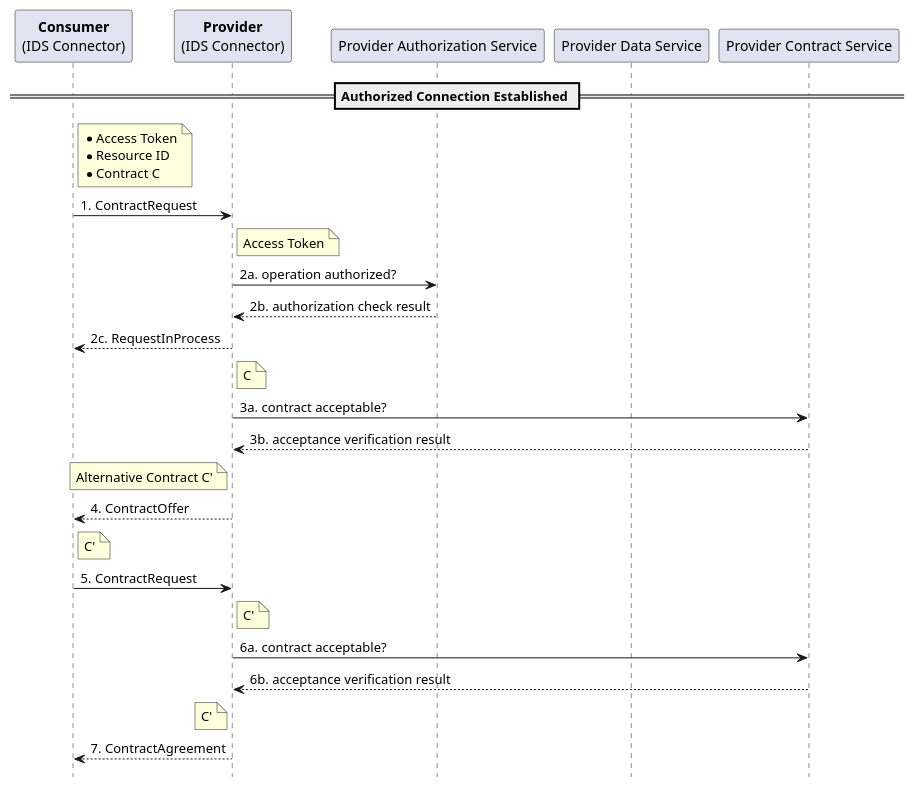
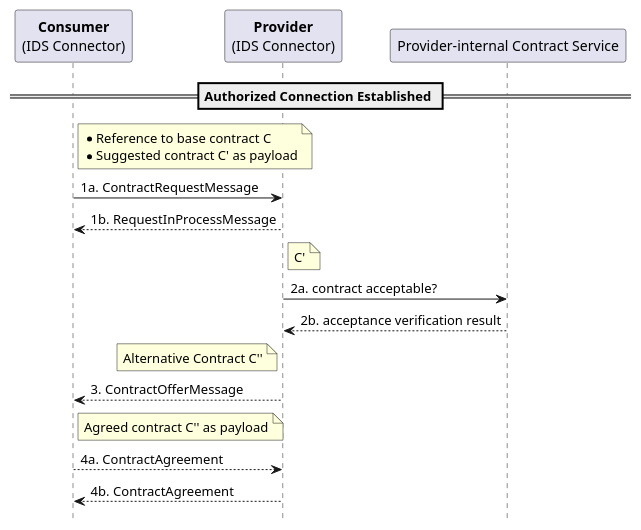
One commit to IndustrialDataSpace/Documentation changed the diagram in contract_negotiation.plantuml. Above: the diagram before and after it, drawn with PlantUML. The commit also changed 1 other file, not shown here.

Commit message:
simplify contract negotiation example

```diff
--- a/contract_negotiation.plantuml
+++ b/contract_negotiation.plantuml
@@ -1,39 +1,27 @@
 @startuml
 
 hide footbox
 
 participant "**Consumer**\n(IDS Connector)" as C
 participant "**Provider**\n(IDS Connector)" as P
-participant "Provider Authorization Service" as PAS
-participant "Provider Data Service" as PDS
-participant "Provider Contract Service" as PCS
+participant "Provider-internal Contract Service" as PCS
 
 == Authorized Connection Established ==
 
-note right of C: *Access Token\n*Resource ID\n*Contract C
-C -> P: 1. ContractRequest
+note right of C: *Reference to base contract C\n* Suggested contract C' as payload
+C -> P: 1a. ContractRequestMessage
 
-note right of P: Access Token
-P -> PAS: 2a. operation authorized?
-P <-- PAS: 2b. authorization check result
-
-C <-- P: 2c. RequestInProcess
-
-note right of P: C
-P -> PCS: 3a. contract acceptable?
-P <-- PCS: 3b. acceptance verification result
-
-note left of P: Alternative Contract C'
-P --> C: 4. ContractOffer
-
-note right of C: C'
-C -> P: 5. ContractRequest
+C <-- P: 1b. RequestInProcessMessage
 
 note right of P: C'
-P -> PCS: 6a. contract acceptable?
-P <-- PCS: 6b. acceptance verification result
+P -> PCS: 2a. contract acceptable?
+P <-- PCS: 2b. acceptance verification result
 
-note left of P: C'
-P --> C: 7. ContractAgreement
+note left of P: Alternative Contract C''
+P --> C: 3. ContractOfferMessage
+
+note right of C: Agreed contract C'' as payload
+C --> P: 4a. ContractAgreement
+P --> C: 4b. ContractAgreement
 
 @enduml
```
